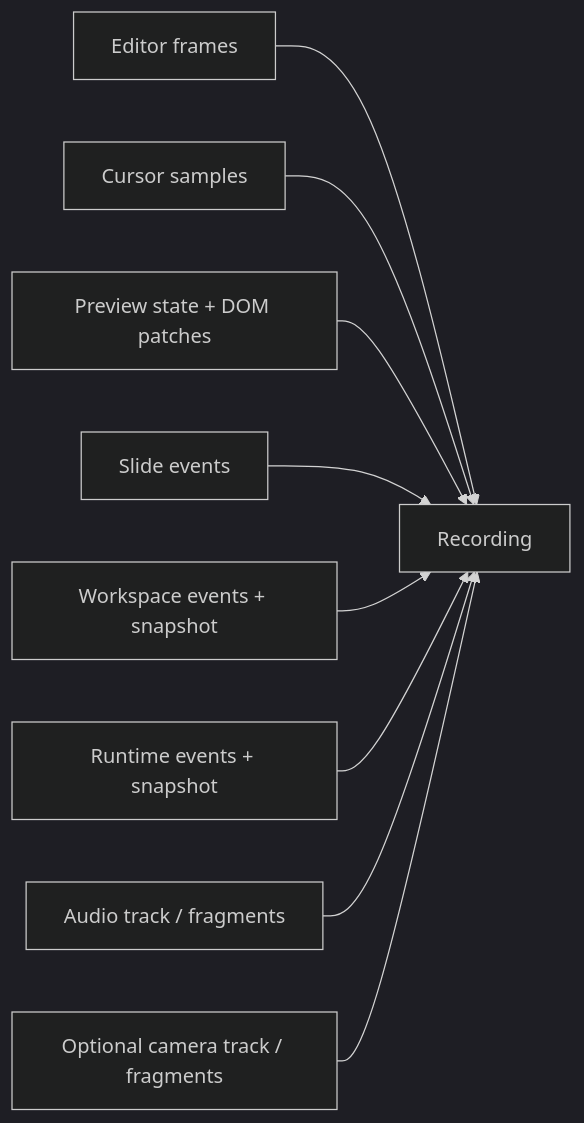
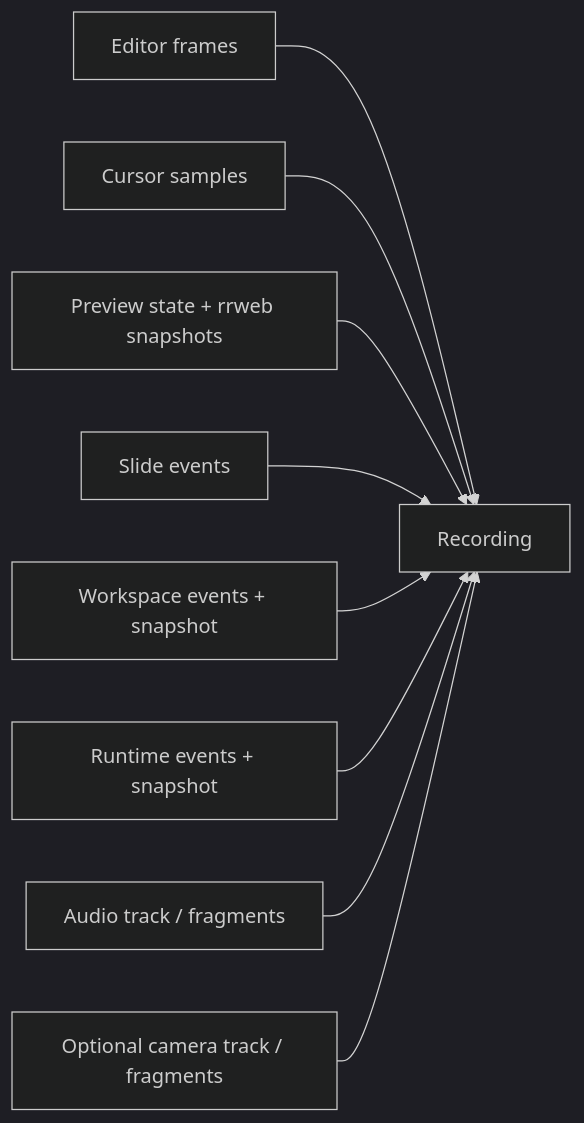
One commit to channyeintun/next-editor changed the second of 3 diagrams in docs/core.md. Above: the diagram before and after it, drawn with Mermaid (dark theme). The commit also changed other lines of this file and 5 other files, not shown here.

````diff
--- a/docs/core.md
+++ b/docs/core.md
@@ -67,11 +67,11 @@
 ```mermaid
 flowchart LR
   Editor[Editor frames] --> Recording
   Cursor[Cursor samples] --> Recording
-  Preview[Preview state + DOM patches] --> Recording
+  Preview[Preview state + rrweb snapshots] --> Recording
   Slides[Slide events] --> Recording
   Workspace[Workspace events + snapshot] --> Recording
   Runtime[Runtime events + snapshot] --> Recording
   Audio[Audio track / fragments] --> Recording
   Camera[Optional camera track / fragments] --> Recording
 ```
````
